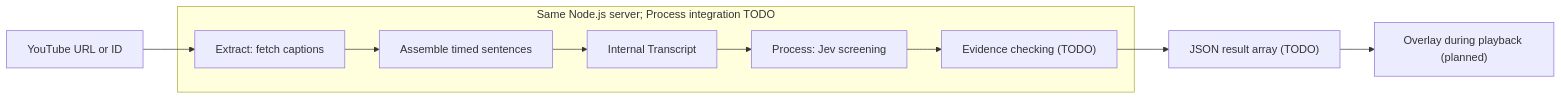
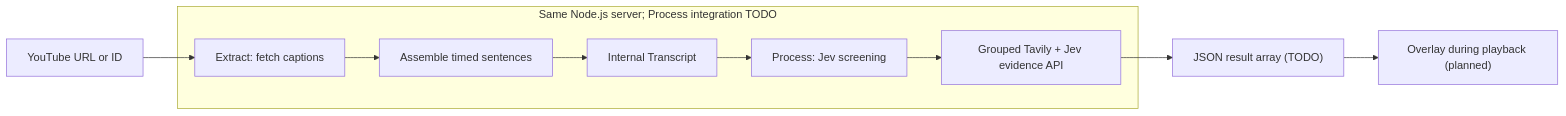
Before and after one commit to twbraam/pila: the diagram in README.md, drawn with Mermaid. The commit also changed other lines of this file and 214 other files, not shown here.

Commit message:
Add grouped Tavily evidence API and mock video fixtures

````diff
--- a/README.md
+++ b/README.md
@@ -32,12 +32,12 @@
 ```mermaid
 flowchart LR
     A["YouTube URL or ID"] --> B
     subgraph Server["Same Node.js server; Process integration TODO"]
         B["Extract: fetch captions"] --> C["Assemble timed sentences"]
         C --> D["Internal Transcript"]
         D --> E["Process: Jev screening"]
-        E --> H["Evidence checking (TODO)"]
+        E --> H["Grouped Tavily + Jev evidence API"]
     end
     H --> F["JSON result array (TODO)"]
     F --> G["Overlay during playback (planned)"]
 ```
````
